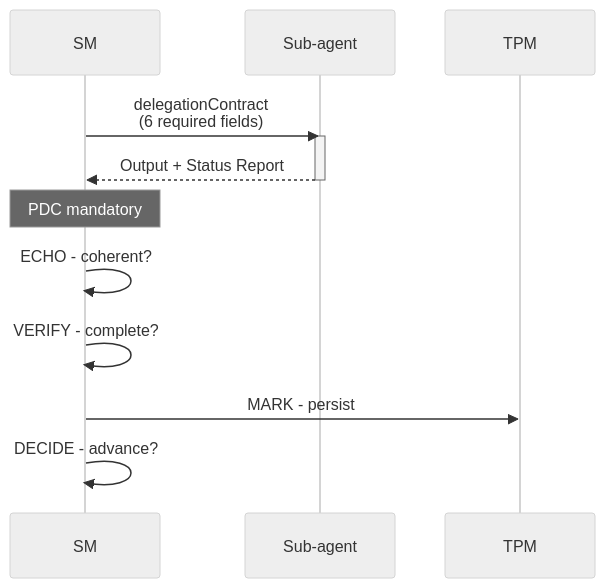
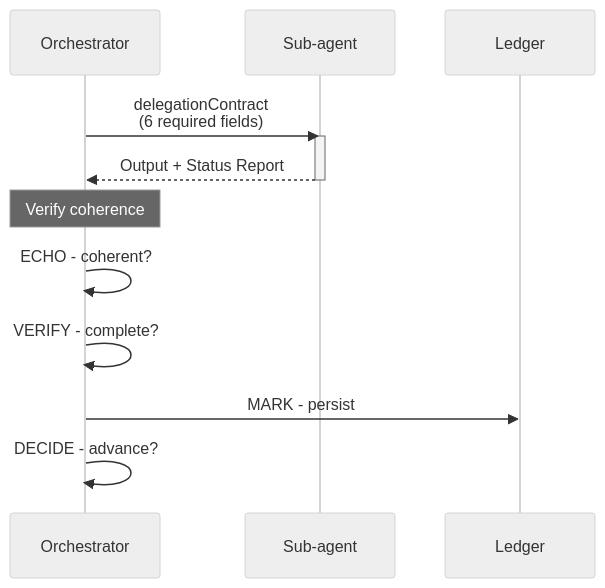
One commit to virgenherrera/virgil changed the second of 2 diagrams in docs/reference/principia/sections/28-context-flow.md. Above: the diagram before and after it, drawn with Mermaid (neutral theme). The commit also changed other lines of this file and 31 other files, not shown here.

````diff
--- a/docs/reference/principia/sections/28-context-flow.md
+++ b/docs/reference/principia/sections/28-context-flow.md
@@ -71,17 +77,17 @@
 ```mermaid
 sequenceDiagram
-    participant SM as SM
+    participant ORCH as Orchestrator
     participant SUB as Sub-agent
-    participant TPM as TPM
+    participant LEDGER as Ledger
 
-    SM->>SUB: delegationContract<br/>(6 required fields)
+    ORCH->>SUB: delegationContract<br/>(6 required fields)
     activate SUB
-    SUB-->>SM: Output + Status Report
+    SUB-->>ORCH: Output + Status Report
     deactivate SUB
 
-    Note over SM: PDC mandatory
-    SM->>SM: ECHO - coherent?
-    SM->>SM: VERIFY - complete?
-    SM->>TPM: MARK - persist
-    SM->>SM: DECIDE - advance?
+    Note over ORCH: Verify coherence
+    ORCH->>ORCH: ECHO - coherent?
+    ORCH->>ORCH: VERIFY - complete?
+    ORCH->>LEDGER: MARK - persist
+    ORCH->>ORCH: DECIDE - advance?
 ```
````
